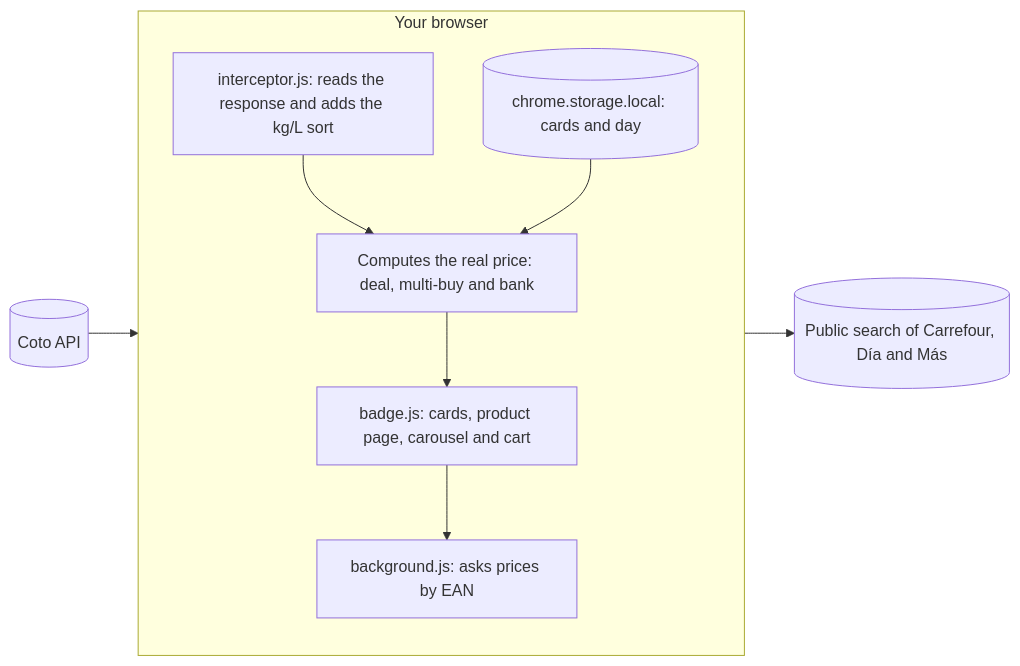
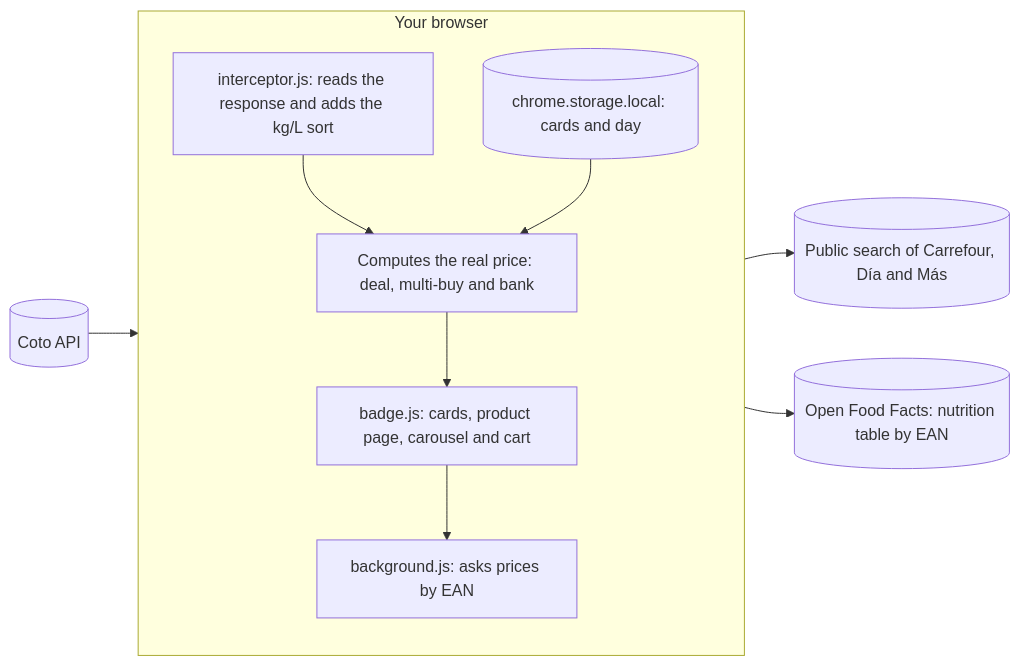
Before and after one commit to hysmarcos/gondola: the diagram in README.en.md, drawn with Mermaid. The commit also changed other lines of this file and 4 other files, not shown here.

Commit message:
docs: privacy policy, README and store guide mention Open Food Facts

````diff
--- a/README.en.md
+++ b/README.en.md
@@ -77,12 +78,13 @@
 ```mermaid
 flowchart LR
     coto[("Coto API")] --> xhr
     subgraph browser["Your browser"]
         direction TB
         xhr["interceptor.js: reads the response and adds the kg/L sort"] --> calc["Computes the real price: deal, multi-buy and bank"]
         calc --> ui["badge.js: cards, product page, carousel and cart"]
         settings[("chrome.storage.local: cards and day")] --> calc
         ui --> bg["background.js: asks prices by EAN"]
     end
     bg --> others[("Public search of Carrefour, Día and Más")]
+    bg --> off[("Open Food Facts: nutrition table by EAN")]
 ```
````
